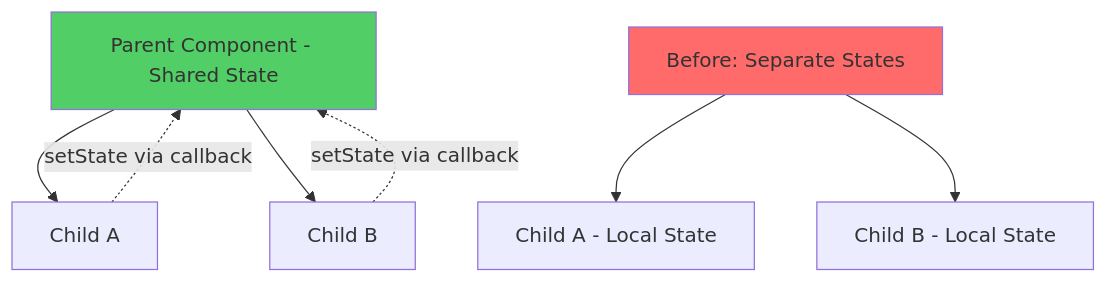
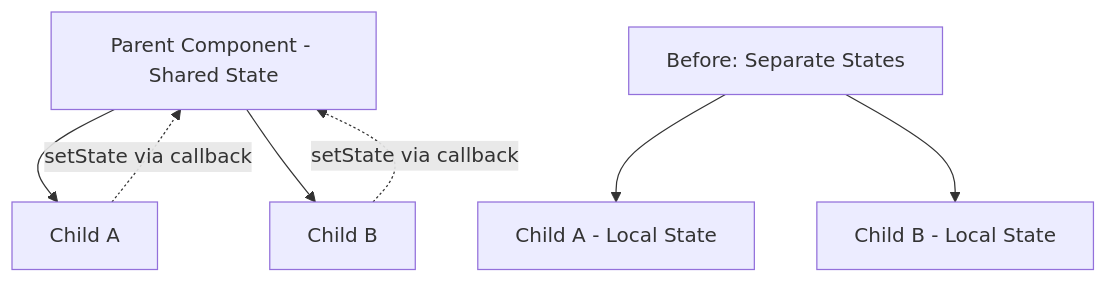
One commit to BabaScience/react-guides changed the fourth of 12 diagrams in arguments/chapters/03-component-patterns-best-practices.md. Above: the diagram before and after it, drawn with Mermaid. The commit also changed other lines of this file and 29 other files, not shown here.

First line of the commit message:
Bring React FR/IT translations to full English parity + theme-safe diagrams

````diff
--- a/arguments/chapters/03-component-patterns-best-practices.md
+++ b/arguments/chapters/03-component-patterns-best-practices.md
@@ -526,14 +514,12 @@
 ```mermaid
 graph TD
     A[Parent Component - Shared State] --> B[Child A]
     A --> C[Child B]
     
     B -.setState via callback.-> A
     C -.setState via callback.-> A
     
     D[Before: Separate States] --> E[Child A - Local State]
     D --> F[Child B - Local State]
     
-    style A fill:#51cf66
-    style D fill:#ff6b6b
 ```
````
